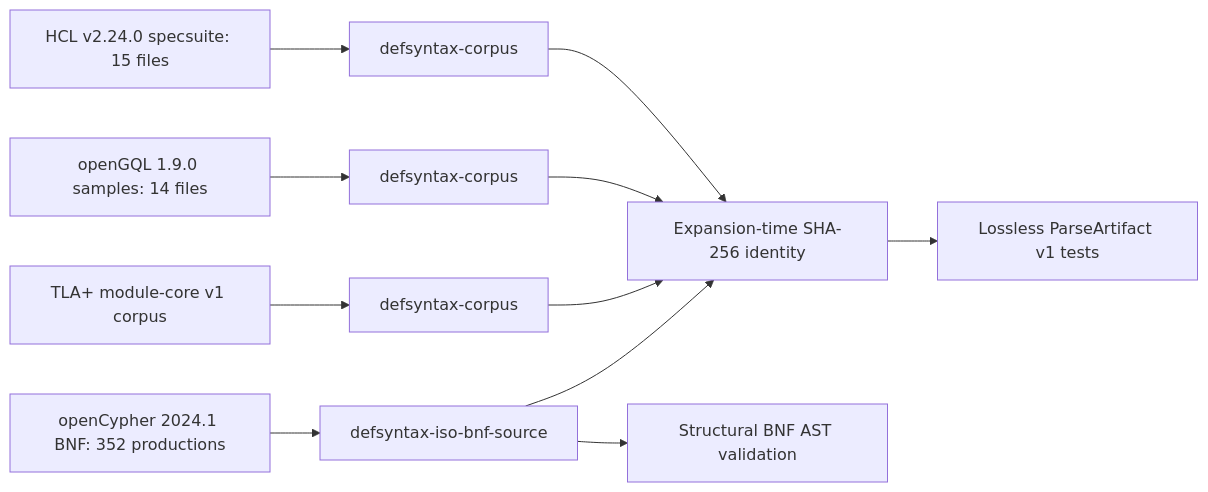
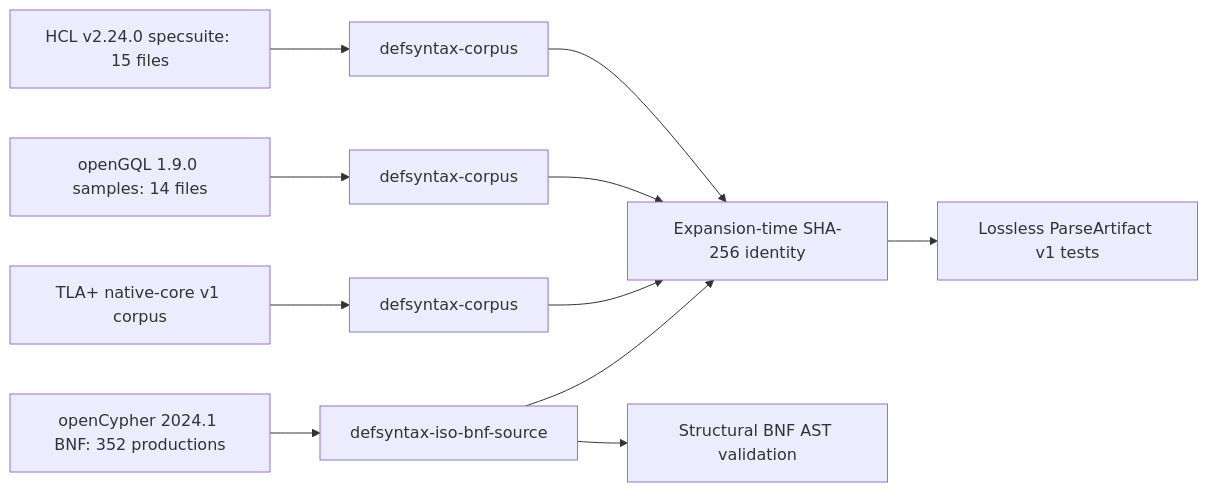
The diagram in docs/audit/upstream-corpus-provenance.org (tao3k/gerbil-parser), drawn with Mermaid before and after one commit. The commit also changed other lines of this file and 21 other files, not shown here.

Commit message:
feat: admit native TLA+ grammar source and core syntax

```diff
--- a/docs/audit/upstream-corpus-provenance.org
+++ b/docs/audit/upstream-corpus-provenance.org
@@ -32,13 +34,13 @@
 #+begin_src mermaid
 flowchart LR
   H[HCL v2.24.0 specsuite: 15 files] --> HM[defsyntax-corpus]
   G[openGQL 1.9.0 samples: 14 files] --> GM[defsyntax-corpus]
   C[openCypher 2024.1 BNF: 352 productions] --> CM[defsyntax-iso-bnf-source]
-  T[TLA+ module-core v1 corpus] --> TM[defsyntax-corpus]
+  T[TLA+ native-core v1 corpus] --> TM[defsyntax-corpus]
   HM --> D[Expansion-time SHA-256 identity]
   GM --> D
   TM --> D
   CM --> D
   CM --> B[Structural BNF AST validation]
   D --> P[Lossless ParseArtifact v1 tests]
 #+end_src
```
